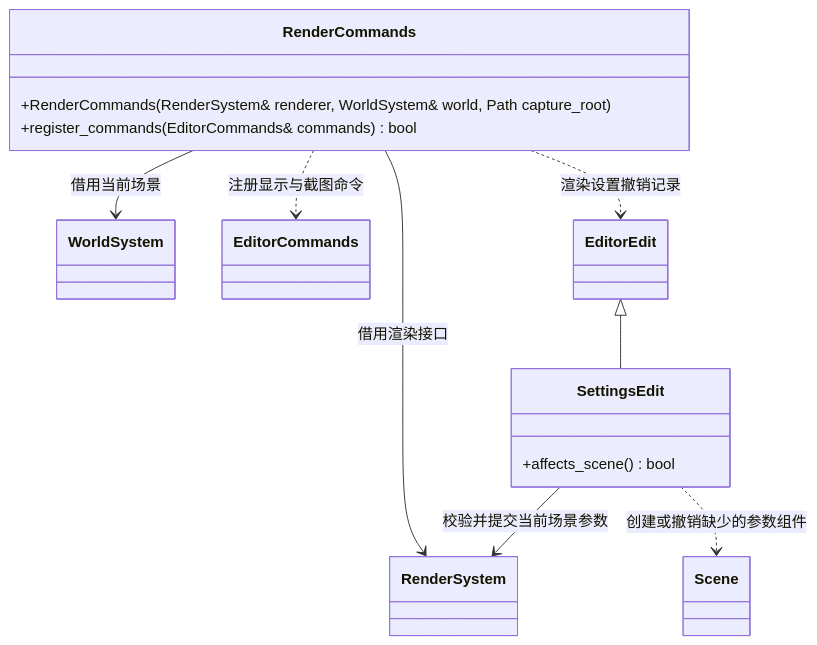
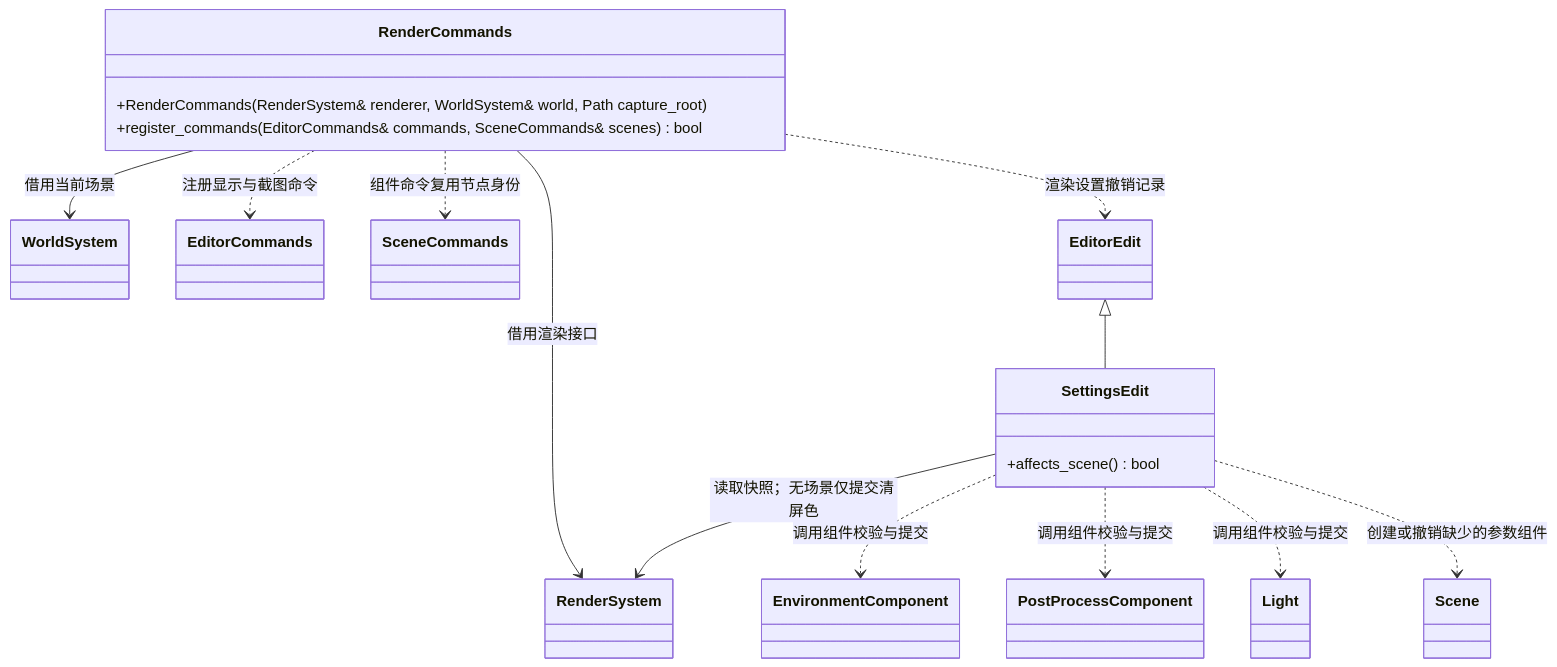
One commit to lcals/Engine changed the diagram in docs/editor/class-diagrams/render-commands.md. Above: the diagram before and after it, drawn with Mermaid. The commit also changed other lines of this file and 195 other files, not shown here.

````diff
--- a/docs/editor/class-diagrams/render-commands.md
+++ b/docs/editor/class-diagrams/render-commands.md
@@ -5,22 +5,30 @@
 ```mermaid
 classDiagram
     class RenderCommands {
         +RenderCommands(RenderSystem& renderer, WorldSystem& world, Path capture_root)
-        +register_commands(EditorCommands& commands) bool
+        +register_commands(EditorCommands& commands, SceneCommands& scenes) bool
     }
     class RenderSystem
     class WorldSystem
     class Scene
     class EditorCommands
+    class SceneCommands
+    class EnvironmentComponent
+    class PostProcessComponent
+    class Light
     class EditorEdit
     class SettingsEdit {
         +affects_scene() bool
     }
     RenderCommands --> RenderSystem : 借用渲染接口
     RenderCommands --> WorldSystem : 借用当前场景
     RenderCommands ..> EditorCommands : 注册显示与截图命令
     RenderCommands ..> EditorEdit : 渲染设置撤销记录
     EditorEdit <|-- SettingsEdit
-    SettingsEdit --> RenderSystem : 校验并提交当前场景参数
+    SettingsEdit --> RenderSystem : 读取快照；无场景仅提交清屏色
+    SettingsEdit ..> EnvironmentComponent : 调用组件校验与提交
+    SettingsEdit ..> PostProcessComponent : 调用组件校验与提交
+    SettingsEdit ..> Light : 调用组件校验与提交
+    RenderCommands ..> SceneCommands : 组件命令复用节点身份
     SettingsEdit ..> Scene : 创建或撤销缺少的参数组件
 ```
````
